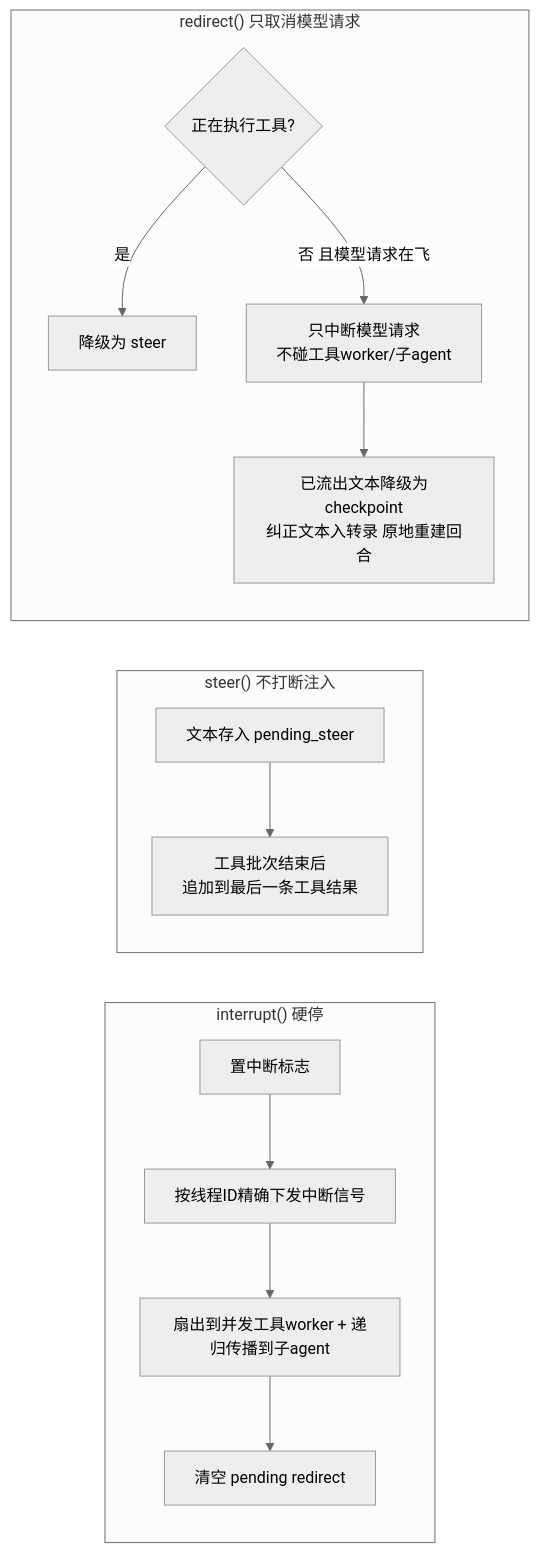
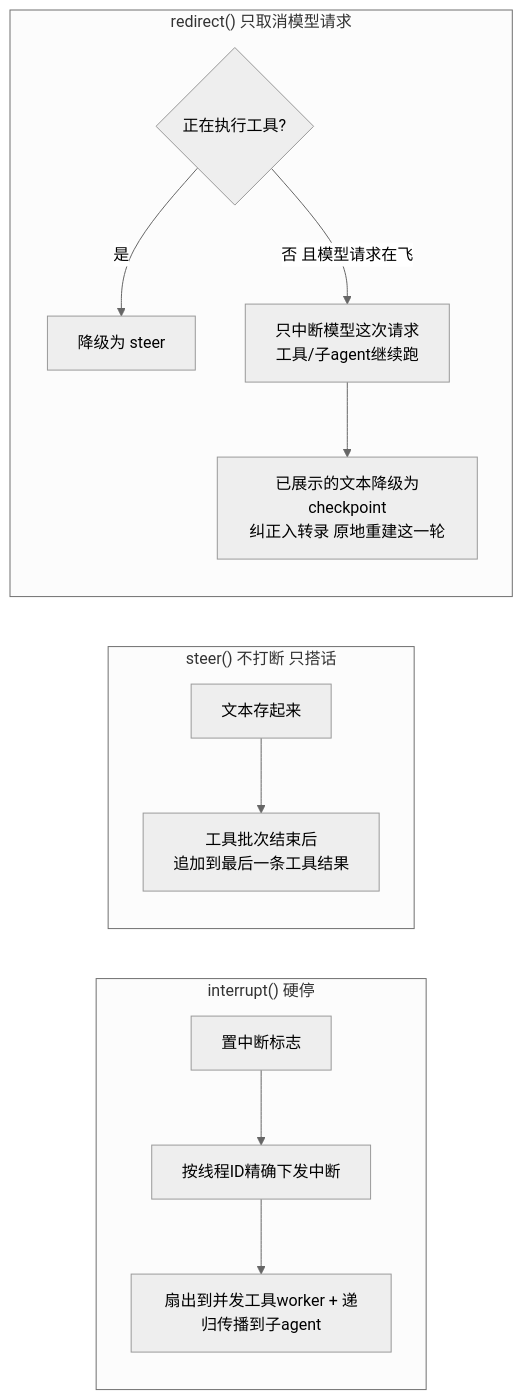
One commit to BillBeam/hermes-study changed the second of 5 diagrams in chapters/r2-turn-loop-and-model-access.md. Above: the diagram before and after it, drawn with Mermaid (neutral theme). The commit also changed other lines of this file, not shown here.

````diff
--- a/chapters/r2-turn-loop-and-model-access.md
+++ b/chapters/r2-turn-loop-and-model-access.md
@@ -89,16 +128,15 @@
 ```mermaid
 flowchart LR
     subgraph interrupt["interrupt() 硬停"]
-        I1[置中断标志] --> I2[按线程ID精确下发中断信号]
+        I1[置中断标志] --> I2[按线程ID精确下发中断]
         I2 --> I3[扇出到并发工具worker + 递归传播到子agent]
-        I3 --> I4[清空 pending redirect]
     end
-    subgraph steer["steer() 不打断注入"]
-        S1[文本存入 pending_steer] --> S2[工具批次结束后<br/>追加到最后一条工具结果]
+    subgraph steer["steer() 不打断 只搭话"]
+        S1[文本存起来] --> S2[工具批次结束后<br/>追加到最后一条工具结果]
     end
     subgraph redirect["redirect() 只取消模型请求"]
         R1{正在执行工具?} -->|是| R2[降级为 steer]
-        R1 -->|否 且模型请求在飞| R3[只中断模型请求<br/>不碰工具worker/子agent]
-        R3 --> R4[已流出文本降级为checkpoint<br/>纠正文本入转录 原地重建回合]
+        R1 -->|否 且模型请求在飞| R3[只中断模型这次请求<br/>工具/子agent继续跑]
+        R3 --> R4[已展示的文本降级为checkpoint<br/>纠正入转录 原地重建这一轮]
     end
 ```
````
